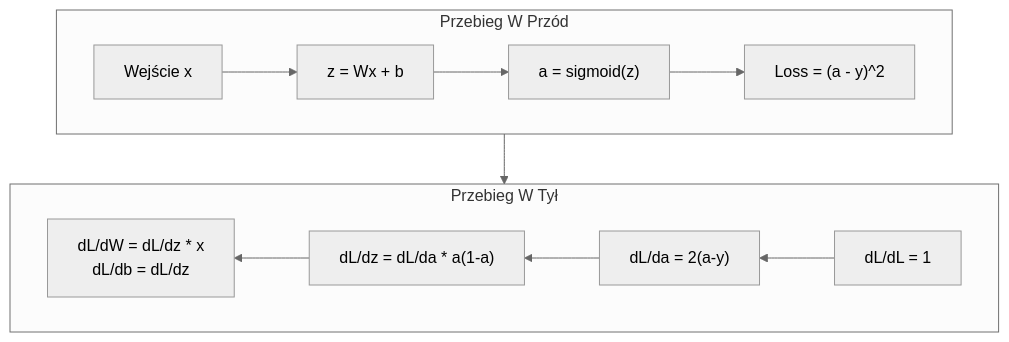
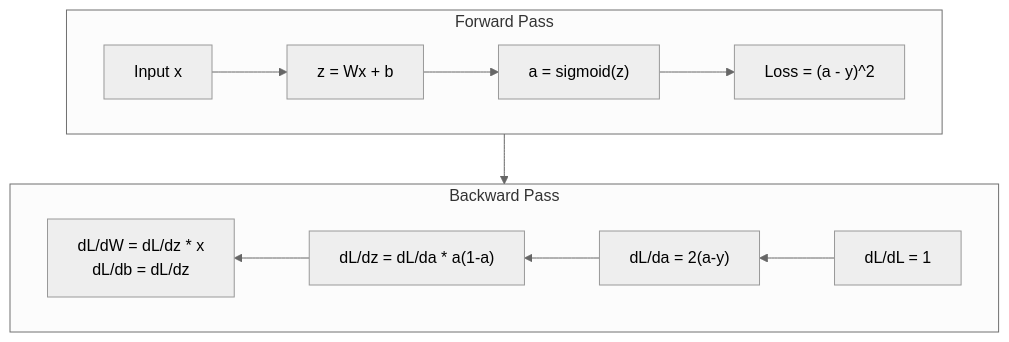
One commit to tarze07/LLM_Traning changed the second of 3 diagrams in phases/03-deep-learning-core/03-backpropagation/docs/pl.md. Above: the diagram before and after it, drawn with Mermaid (neutral theme). The commit also changed other lines of this file, not shown here.

````diff
--- a/phases/03-deep-learning-core/03-backpropagation/docs/pl.md
+++ b/phases/03-deep-learning-core/03-backpropagation/docs/pl.md
@@ -56,16 +56,16 @@
 ```mermaid
 graph TB
-    subgraph Forward["Przebieg W Przód"]
+    subgraph Forward["Forward Pass"]
         direction LR
-        f1["Wejście x"] --> f2["z = Wx + b"]
+        f1["Input x"] --> f2["z = Wx + b"]
         f2 --> f3["a = sigmoid(z)"]
         f3 --> f4["Loss = (a - y)^2"]
     end
-    subgraph Backward["Przebieg W Tył"]
+    subgraph Backward["Backward Pass"]
         direction RL
         b4["dL/dL = 1"] --> b3["dL/da = 2(a-y)"]
         b3 --> b2["dL/dz = dL/da * a(1-a)"]
         b2 --> b1["dL/dW = dL/dz * x\ndL/db = dL/dz"]
     end
     Forward --> Backward
 ```
````
